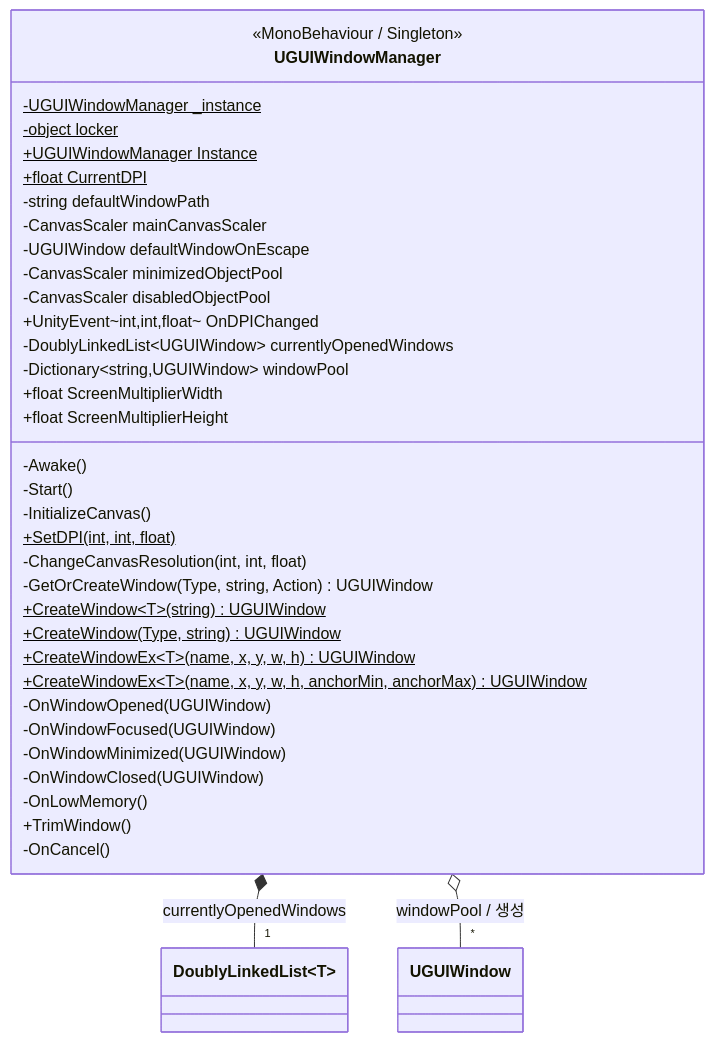
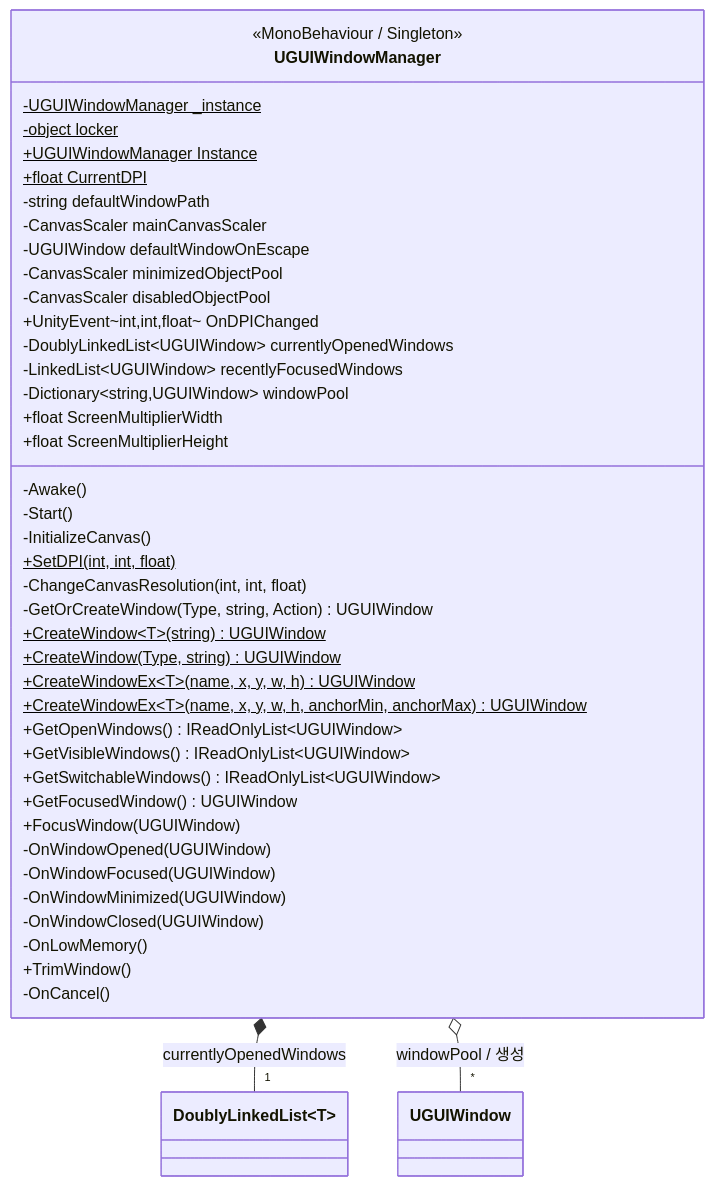
The diagram in docs/class-diagram/UGUIWindowManager.md (ThunderVolt45/UGUI-Window-Sample), drawn with Mermaid before and after one commit. The commit also changed other lines of this file and 11 other files, not shown here.

````diff
--- a/docs/class-diagram/UGUIWindowManager.md
+++ b/docs/class-diagram/UGUIWindowManager.md
@@ -8,45 +8,51 @@
 ```mermaid
 classDiagram
     direction TB
 
     class UGUIWindowManager {
         <<MonoBehaviour / Singleton>>
         -UGUIWindowManager _instance$
         -object locker$
         +UGUIWindowManager Instance$
         +float CurrentDPI$
         -string defaultWindowPath
         -CanvasScaler mainCanvasScaler
         -UGUIWindow defaultWindowOnEscape
         -CanvasScaler minimizedObjectPool
         -CanvasScaler disabledObjectPool
         +UnityEvent~int,int,float~ OnDPIChanged
         -DoublyLinkedList~UGUIWindow~ currentlyOpenedWindows
+        -LinkedList~UGUIWindow~ recentlyFocusedWindows
         -Dictionary~string,UGUIWindow~ windowPool
         +float ScreenMultiplierWidth
         +float ScreenMultiplierHeight
         -Awake()
         -Start()
         -InitializeCanvas()
         +SetDPI(int, int, float)$
         -ChangeCanvasResolution(int, int, float)
         -GetOrCreateWindow(Type, string, Action) UGUIWindow
         +CreateWindow~T~(string) UGUIWindow$
         +CreateWindow(Type, string) UGUIWindow$
         +CreateWindowEx~T~(name, x, y, w, h) UGUIWindow$
         +CreateWindowEx~T~(name, x, y, w, h, anchorMin, anchorMax) UGUIWindow$
+        +GetOpenWindows() IReadOnlyList~UGUIWindow~
+        +GetVisibleWindows() IReadOnlyList~UGUIWindow~
+        +GetSwitchableWindows() IReadOnlyList~UGUIWindow~
+        +GetFocusedWindow() UGUIWindow
+        +FocusWindow(UGUIWindow)
         -OnWindowOpened(UGUIWindow)
         -OnWindowFocused(UGUIWindow)
         -OnWindowMinimized(UGUIWindow)
         -OnWindowClosed(UGUIWindow)
         -OnLowMemory()
         +TrimWindow()
         -OnCancel()
     }
 
     class DoublyLinkedList~T~
     class UGUIWindow
 
     UGUIWindowManager *-- "1" DoublyLinkedList~T~ : currentlyOpenedWindows
     UGUIWindowManager o-- "*" UGUIWindow : windowPool / 생성
 ```
````
